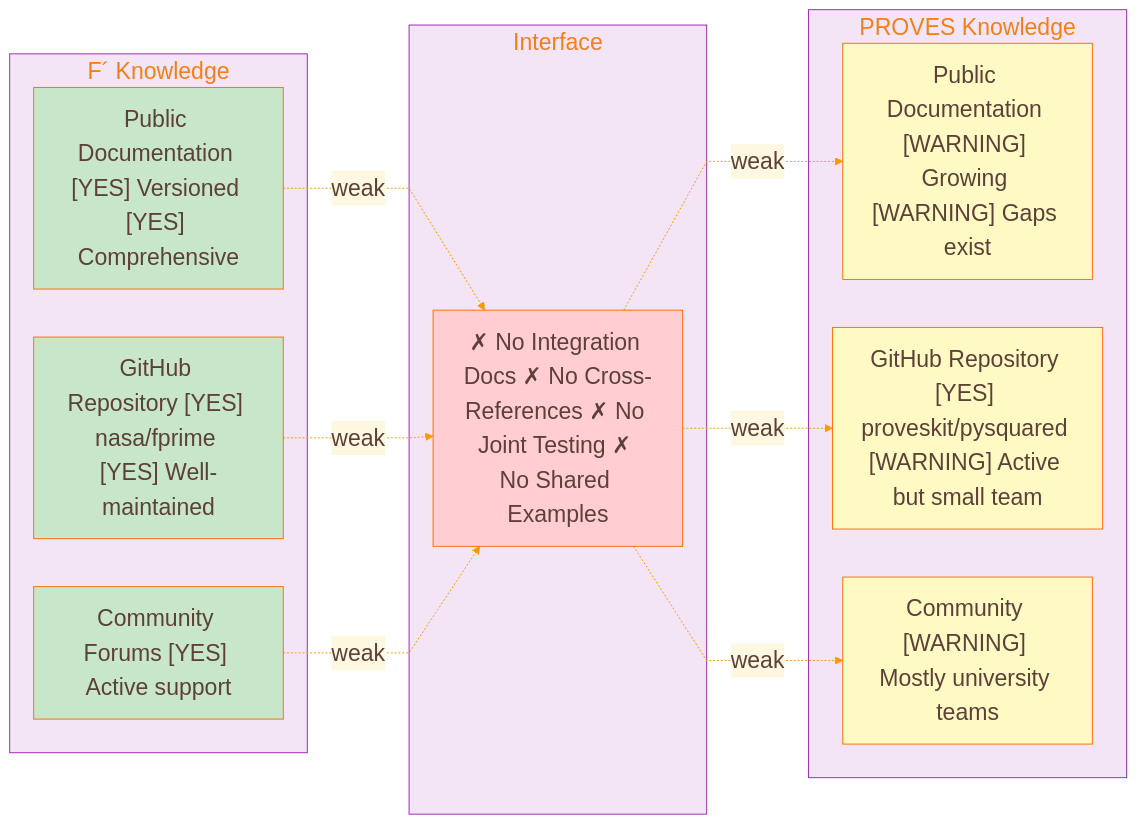
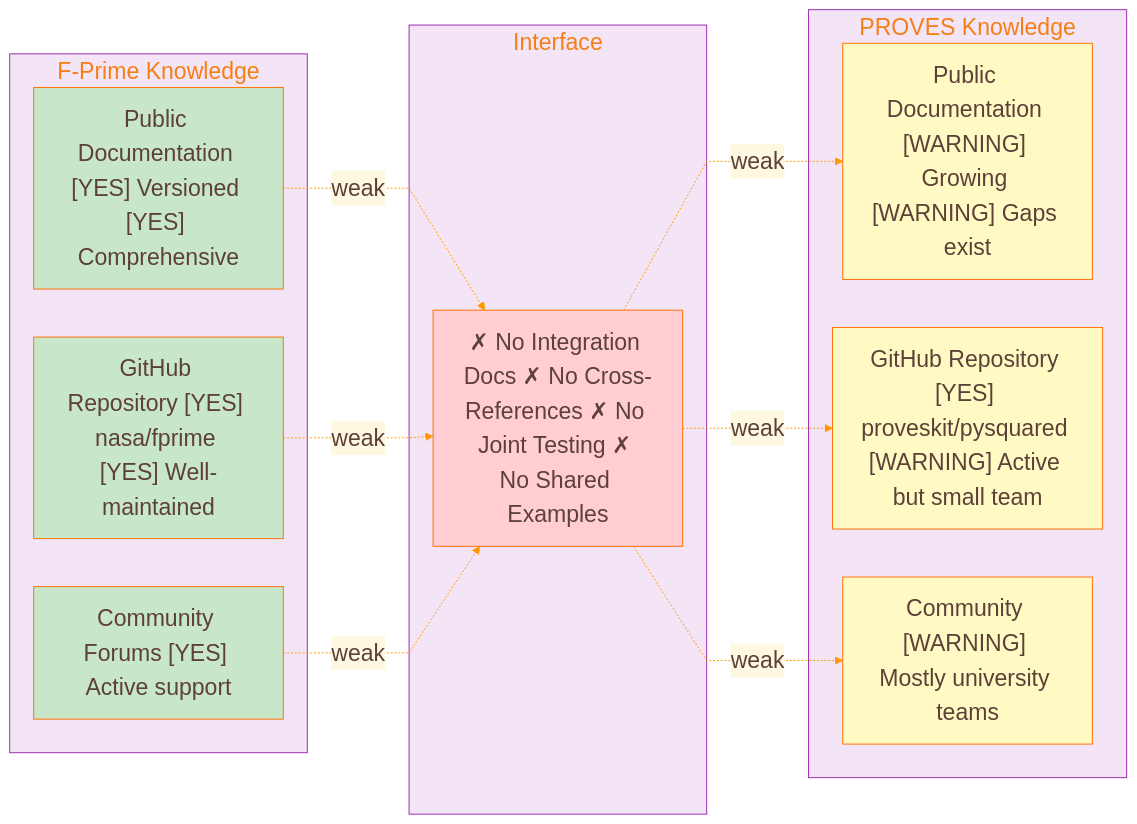
The second of 9 diagrams in docs/diagrams/team-boundaries.md (Lizo-RoadTown/PROVES_LIBRARY), drawn with Mermaid before and after one commit. The commit also changed other lines of this file and 5 other files, not shown here.

```diff
--- a/docs/diagrams/team-boundaries.md
+++ b/docs/diagrams/team-boundaries.md
@@ -482,7 +482,7 @@
     boxMargin: 10
 ---
 flowchart LR
-    subgraph "F´ Knowledge"
+    subgraph "F-Prime Knowledge"
         F_PUB["Public Documentation [YES] Versioned [YES] Comprehensive"]
         F_CODE["GitHub Repository [YES] nasa/fprime [YES] Well-maintained"]
         F_COM["Community Forums [YES] Active support"]
```
